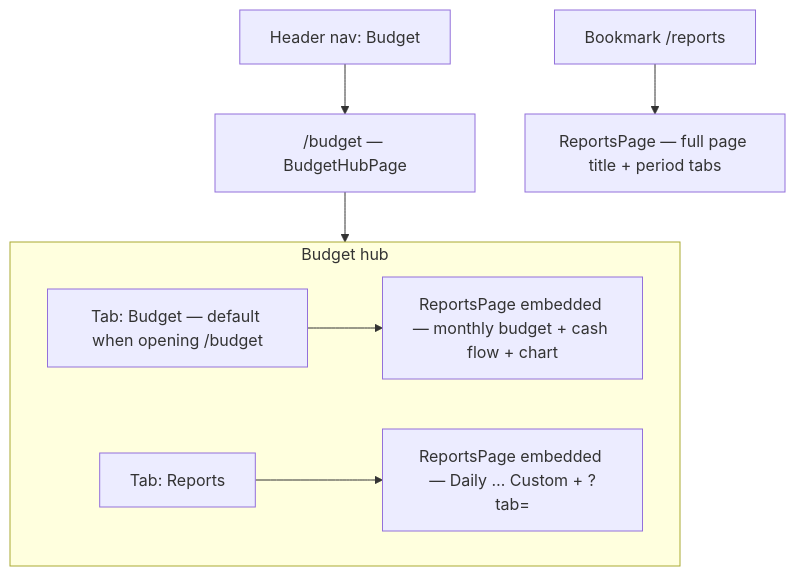
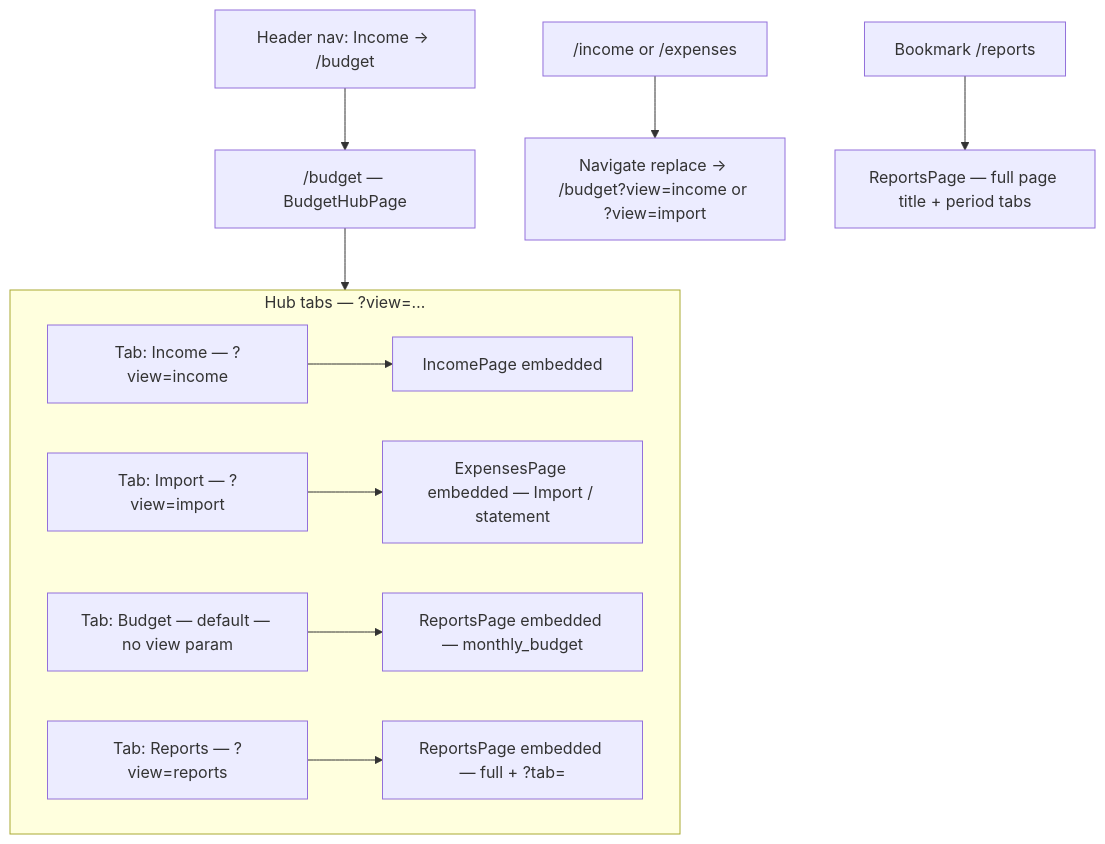
The diagram in docs/diagrams/budget-reports-hub.mmd (becomeonewiththecode/expense_tracker), drawn with Mermaid before and after one commit. The commit also changed 26 other files, not shown here.

First line of the commit message:
feat(ui): consolidate budget hub, nav, tables, and docs

```diff
--- a/docs/diagrams/budget-reports-hub.mmd
+++ b/docs/diagrams/budget-reports-hub.mmd
@@ -1,16 +1,21 @@
-%% Budget & reports navigation (Mermaid source — see docs/BUDGETING.md and ARCHITECTURE_DIAGRAM.md)
-%% View: https://mermaid.live or VS Code Mermaid extension
+%% Budget hub navigation (Mermaid source — see docs/BUDGETING.md and ARCHITECTURE_DIAGRAM.md)
+%% Header label is "Income"; route remains /budget. View: mermaid.live or VS Code Mermaid extension
 
 flowchart TB
-  Menu[Header nav: Budget] --> HubPage["/budget — BudgetHubPage"]
+  Menu["Header nav: Income → /budget"] --> HubPage["/budget — BudgetHubPage"]
 
-  subgraph budgetHub [Budget hub]
-    TabB["Tab: Budget — default when opening /budget"]
-    TabR[Tab: Reports]
-    TabB --> EmbB["ReportsPage embedded — monthly budget + cash flow + chart"]
-    TabR --> EmbR["ReportsPage embedded — Daily … Custom + ?tab="]
+  subgraph budgetHub [Hub tabs — ?view=…]
+    TabI["Tab: Income — ?view=income"]
+    TabM["Tab: Import — ?view=import"]
+    TabB["Tab: Budget — default — no view param"]
+    TabR["Tab: Reports — ?view=reports"]
+    TabI --> EmbI["IncomePage embedded"]
+    TabM --> EmbM["ExpensesPage embedded — Import / statement"]
+    TabB --> EmbB["ReportsPage embedded — monthly_budget"]
+    TabR --> EmbR["ReportsPage embedded — full + ?tab="]
   end
 
   HubPage --> budgetHub
 
+  Legacy["/income or /expenses"] --> R301["Navigate replace → /budget?view=income or ?view=import"]
   Direct["Bookmark /reports"] --> Solo["ReportsPage — full page title + period tabs"]
```
